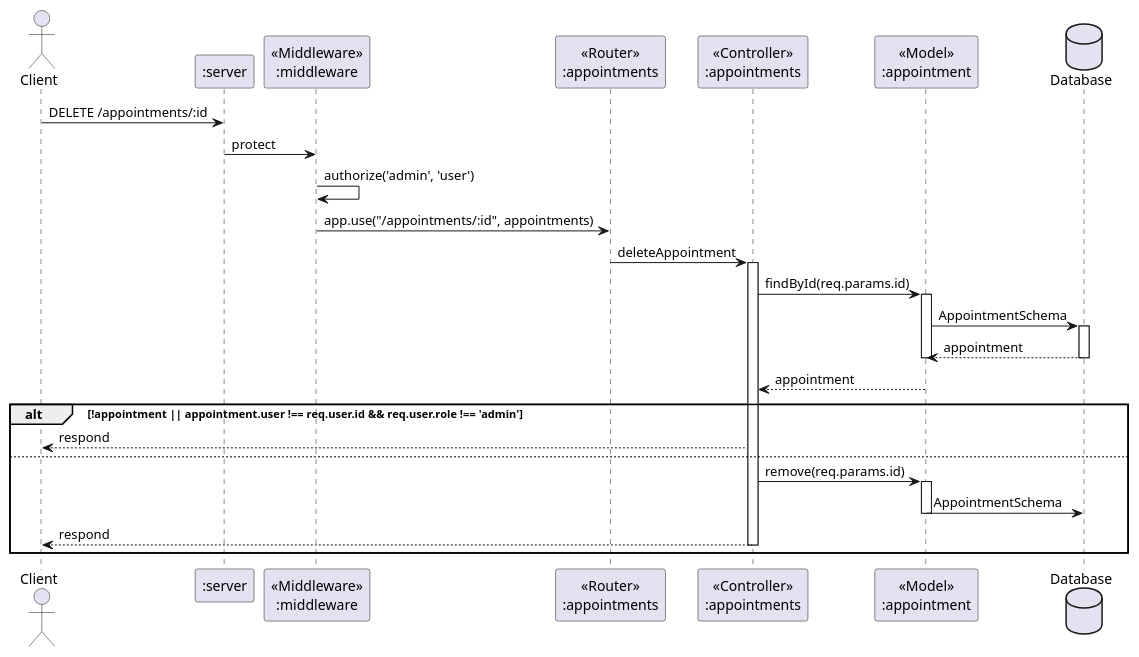
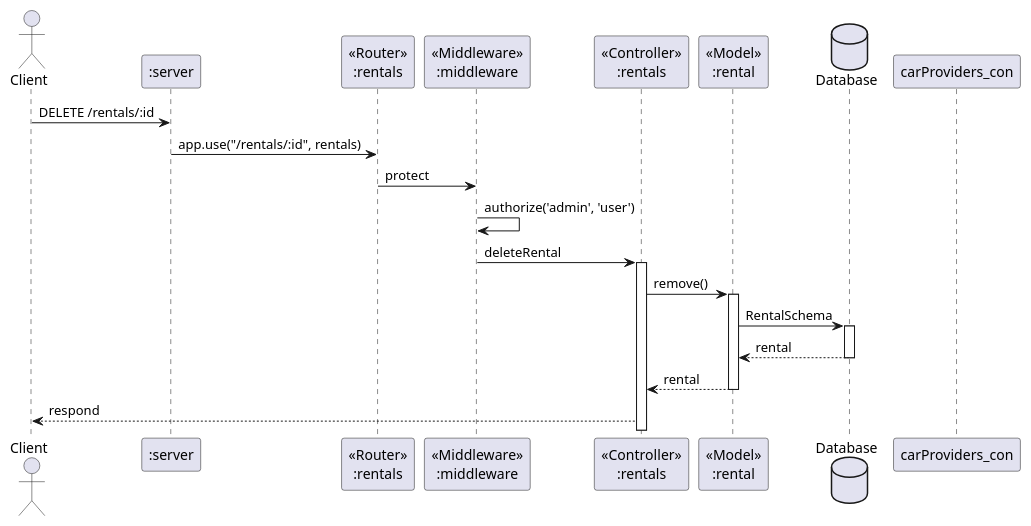
Before and after one commit to cchaiyatad/RenC: the diagram in docs/sequence_diagram/rentals/delete.pu, drawn with PlantUML. The commit also changed 14 other files, not shown here.

```diff
--- a/docs/sequence_diagram/rentals/delete.pu
+++ b/docs/sequence_diagram/rentals/delete.pu
@@ -1,38 +1,30 @@
 @startuml DELETE /appointments/:id
 actor       Client       as client
 participant ":server" as server 
+participant "<<Router>>\n:rentals" as rentals_router 
 participant "<<Middleware>>\n:middleware" as middleware 
-participant "<<Router>>\n:appointments" as appointments_router 
-participant "<<Controller>>\n:appointments" as appointments_con 
-participant "<<Model>>\n:appointment" as appointments_model 
+participant "<<Controller>>\n:rentals" as rentals_con 
+participant "<<Model>>\n:rental" as rentals_model 
 database Database as db
 
-client -> server : DELETE /appointments/:id
+client -> server : DELETE /rentals/:id
 
-server -> middleware : protect
+server -> rentals_router : app.use("/rentals/:id", rentals)
+rentals_router -> middleware : protect 
 middleware -> middleware : authorize('admin', 'user')
-middleware -> appointments_router : app.use("/appointments/:id", appointments)
-appointments_router -> appointments_con : deleteAppointment
-activate appointments_con
-    appointments_con -> appointments_model : findById(req.params.id)
-    activate appointments_model
-    appointments_model -> db : AppointmentSchema
+middleware -> rentals_con : deleteRental
+activate rentals_con
+
+    rentals_con -> rentals_model : remove()
+    activate rentals_model
+    rentals_model -> db : RentalSchema
         activate db
-        db --> appointments_model : appointment
+        db --> rentals_model : rental
         deactivate db
-    deactivate appointments_model
-    appointments_model --> appointments_con : appointment
+    rentals_model --> rentals_con : rental
+    deactivate rentals_model
 
-alt !appointment || appointment.user !== req.user.id && req.user.role !== 'admin'
-    appointments_con --> client :respond
-else 
-        appointments_con -> appointments_model : remove(req.params.id)
-        activate appointments_model
-        appointments_model -> db : AppointmentSchema
-        deactivate appointments_model
-
-    appointments_con --> client :respond
-    deactivate appointments_con
-end
+rentals_con --> client :respond
+deactivate carProviders_con
 
 @enduml
```
